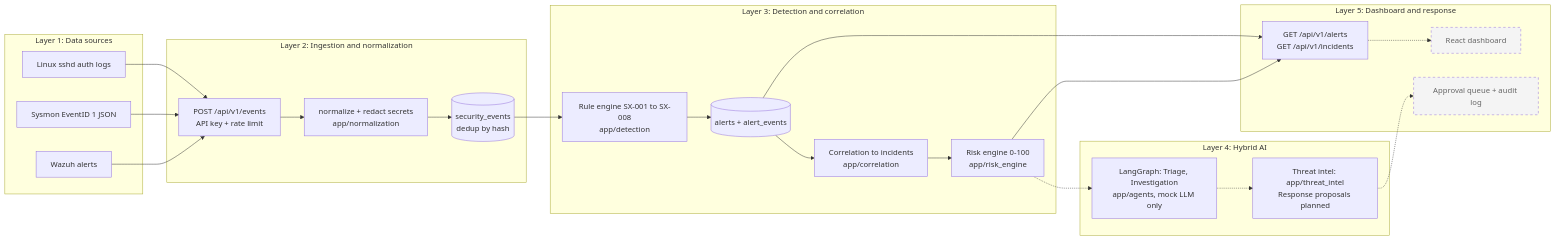
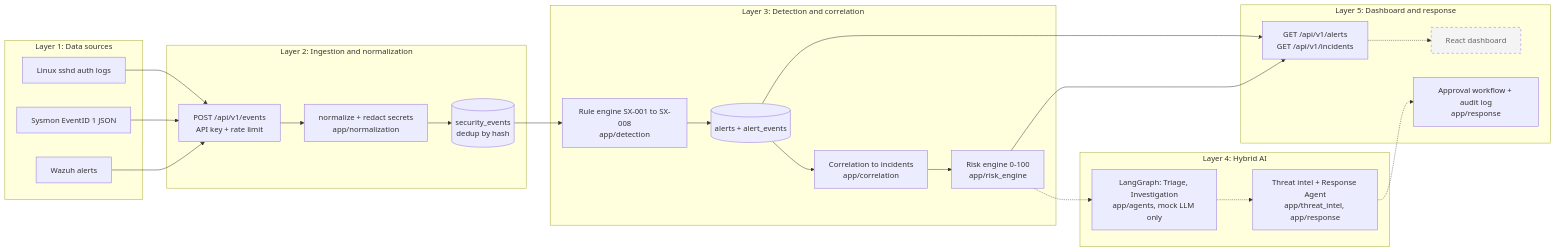
The first of 2 diagrams in docs/architecture.md (duynhat326/SentinelX-Hybrid-AI-powered-Security-Operations-Platform), drawn with Mermaid before and after one commit. The commit also changed other lines of this file and 22 other files, not shown here.

First line of the commit message:
feat: add approved response actions and a constrained Response Agent

````diff
--- a/docs/architecture.md
+++ b/docs/architecture.md
@@ -5,37 +5,37 @@
 ```mermaid
 flowchart LR
     subgraph L1[Layer 1: Data sources]
         A1[Linux sshd auth logs]
         A2[Sysmon EventID 1 JSON]
         A3[Wazuh alerts]
     end
     subgraph L2[Layer 2: Ingestion and normalization]
         B1[POST /api/v1/events<br/>API key + rate limit]
         B2[normalize + redact secrets<br/>app/normalization]
         B3[(security_events<br/>dedup by hash)]
     end
     subgraph L3[Layer 3: Detection and correlation]
         C1[Rule engine SX-001 to SX-008<br/>app/detection]
         C2[(alerts + alert_events)]
         C3[Correlation to incidents<br/>app/correlation]
         C4[Risk engine 0-100<br/>app/risk_engine]
     end
     subgraph L4[Layer 4: Hybrid AI]
         D1[LangGraph: Triage, Investigation<br/>app/agents, mock LLM only]
-        D2[Threat intel: app/threat_intel<br/>Response proposals planned]
+        D2[Threat intel + Response Agent<br/>app/threat_intel, app/response]
     end
     subgraph L5[Layer 5: Dashboard and response]
         E1[GET /api/v1/alerts<br/>GET /api/v1/incidents]
         E2[React dashboard]:::planned
-        E3[Approval queue + audit log]:::planned
+        E3[Approval workflow + audit log<br/>app/response]
     end
     A1 --> B1
     A2 --> B1
     A3 --> B1
     B1 --> B2 --> B3 --> C1 --> C2
     C2 --> E1
     C2 --> C3 --> C4 --> E1
     C4 -.-> D1 -.-> D2 -.-> E3
     E1 -.-> E2
     classDef planned stroke-dasharray: 5 5,fill:#f4f4f4,color:#666
 ```
````
